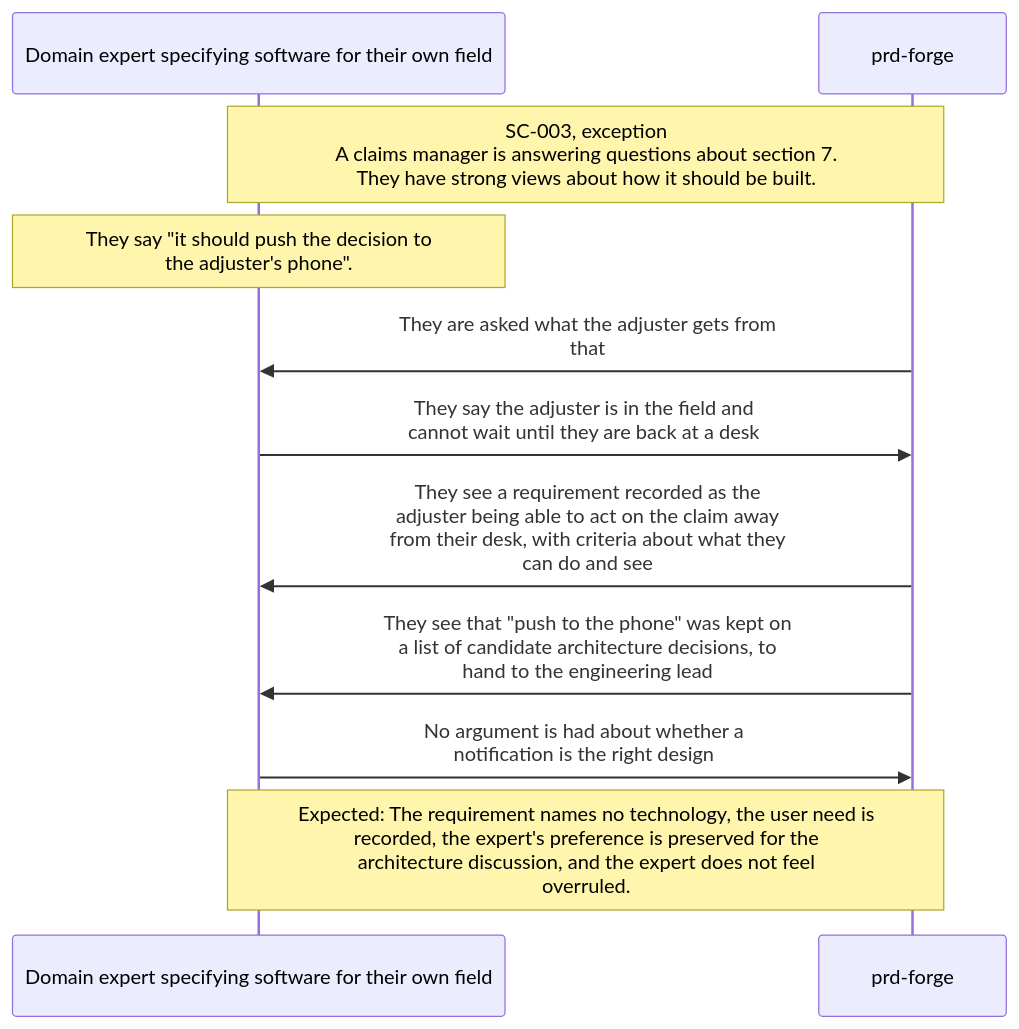
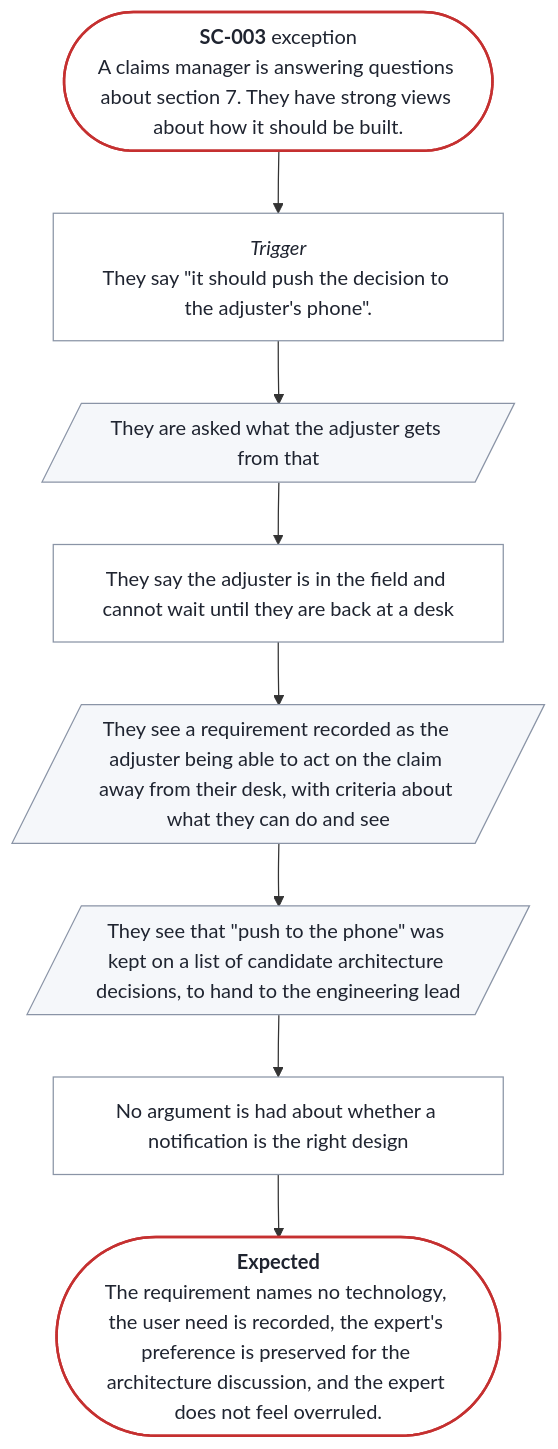
The diagram in docs/prd/prd-forge/diagrams/SC-003.mmd (SpillwaveSolutions/prd-forge), drawn with Mermaid before and after one commit. The commit also changed 30 other files, not shown here.

First line of the commit message:
Draw scenarios as flowcharts, and add stage satisfaction and scenario priority

```diff
--- a/docs/prd/prd-forge/diagrams/SC-003.mmd
+++ b/docs/prd/prd-forge/diagrams/SC-003.mmd
@@ -1,12 +1,22 @@
 %% Generated by prd-diagrams.mjs from the scenario front matter. Do not edit.
-sequenceDiagram
-  participant P as Domain expert specifying software for their own field
-  participant S as prd-forge
-  Note over P,S: SC-003, exception<br/>A claims manager is answering questions about section 7.<br/>They have strong views about how it should be built.
-  Note over P: They say #quot;it should push the decision to<br/>the adjuster's phone#quot;.
-  S->>P: They are asked what the adjuster gets from<br/>that
-  P->>S: They say the adjuster is in the field and<br/>cannot wait until they are back at a desk
-  S->>P: They see a requirement recorded as the<br/>adjuster being able to act on the claim away<br/>from their desk, with criteria about what they<br/>can do and see
-  S->>P: They see that #quot;push to the phone#quot; was kept on<br/>a list of candidate architecture decisions, to<br/>hand to the engineering lead
-  P->>S: No argument is had about whether a<br/>notification is the right design
-  Note over P,S: Expected: The requirement names no technology, the user need is<br/>recorded, the expert's preference is preserved for the<br/>architecture discussion, and the expert does not feel<br/>overruled.
+%%{init: {"flowchart": {"wrappingWidth": 300}}}%%
+flowchart TB
+  start(["<b>SC-003</b> exception<br/>A claims manager is answering questions about section 7. They have strong views about how it should be built."])
+  trigger["<i>Trigger</i><br/>They say #quot;it should push the decision to the adjuster's phone#quot;."]
+  s0[/"They are asked what the adjuster gets from that"/]
+  s1["They say the adjuster is in the field and cannot wait until they are back at a desk"]
+  s2[/"They see a requirement recorded as the adjuster being able to act on the claim away from their desk, with criteria about what they can do and see"/]
+  s3[/"They see that #quot;push to the phone#quot; was kept on a list of candidate architecture decisions, to hand to the engineering lead"/]
+  s4["No argument is had about whether a notification is the right design"]
+  done(["<b>Expected</b><br/>The requirement names no technology, the user need is recorded, the expert's preference is preserved for the architecture discussion, and the expert does not feel overruled."])
+  start --> trigger --> s0 --> s1 --> s2 --> s3 --> s4 --> done
+  classDef ends fill:#FFFFFF,stroke:#C53030,stroke-width:2px,color:#1F2430
+  classDef sees fill:#F5F7FA,stroke:#8A94A6,color:#1F2430
+  classDef does fill:#FFFFFF,stroke:#8A94A6,color:#1F2430
+  class start,done ends
+  class s0 sees
+  class s1 does
+  class s2 sees
+  class s3 sees
+  class s4 does
+  class trigger does
```
